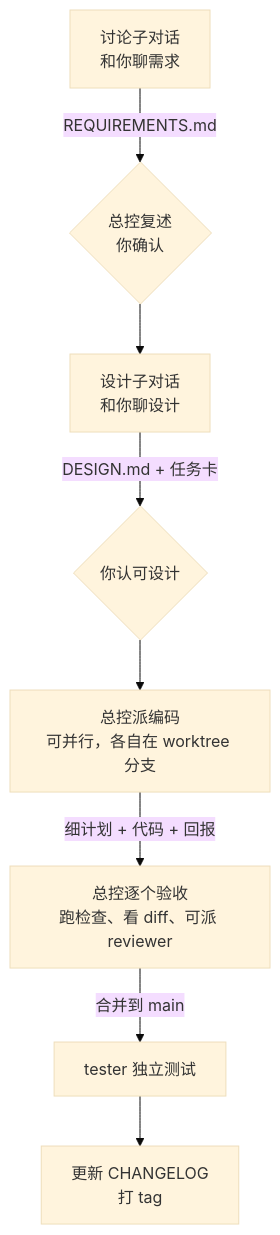
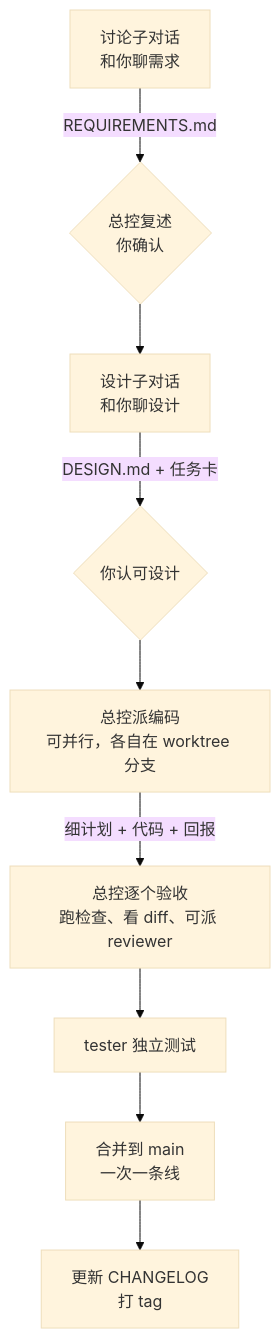
One commit to XxSuy1/session-orchestrator changed the diagram in README.md. Above: the diagram before and after it, drawn with Mermaid (base theme). The commit also changed other lines of this file and 19 other files, not shown here.

````diff
--- a/README.md
+++ b/README.md
@@ -21,10 +42,11 @@
 ```mermaid
 flowchart TD
     A[讨论子对话<br/>和你聊需求] -->|REQUIREMENTS.md| B{总控复述<br/>你确认}
     B --> C[设计子对话<br/>和你聊设计]
     C -->|DESIGN.md + 任务卡| D{你认可设计}
     D --> E[总控派编码<br/>可并行，各自在 worktree 分支]
     E -->|细计划 + 代码 + 回报| F[总控逐个验收<br/>跑检查、看 diff、可派 reviewer]
-    F -->|合并到 main| G[tester 独立测试]
-    G --> H[更新 CHANGELOG<br/>打 tag]
+    F --> G[tester 独立测试]
+    G --> H[合并到 main<br/>一次一条线]
+    H --> I[更新 CHANGELOG<br/>打 tag]
 ```
````
